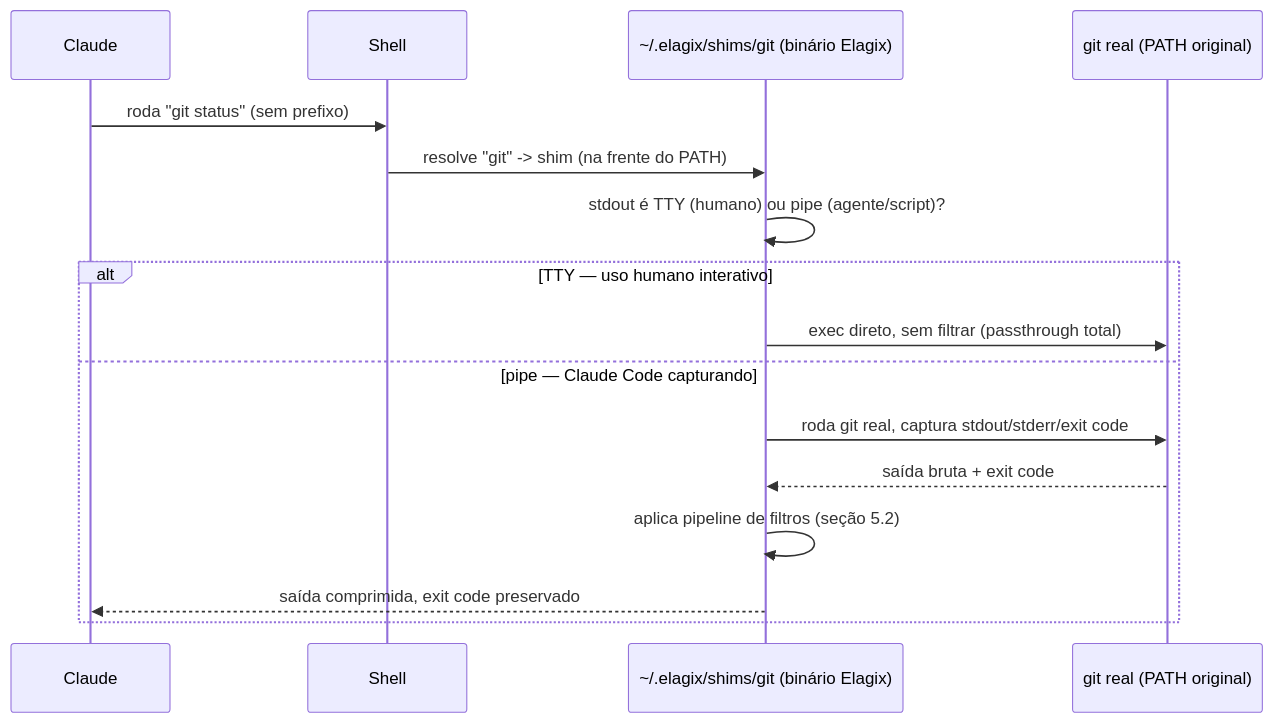
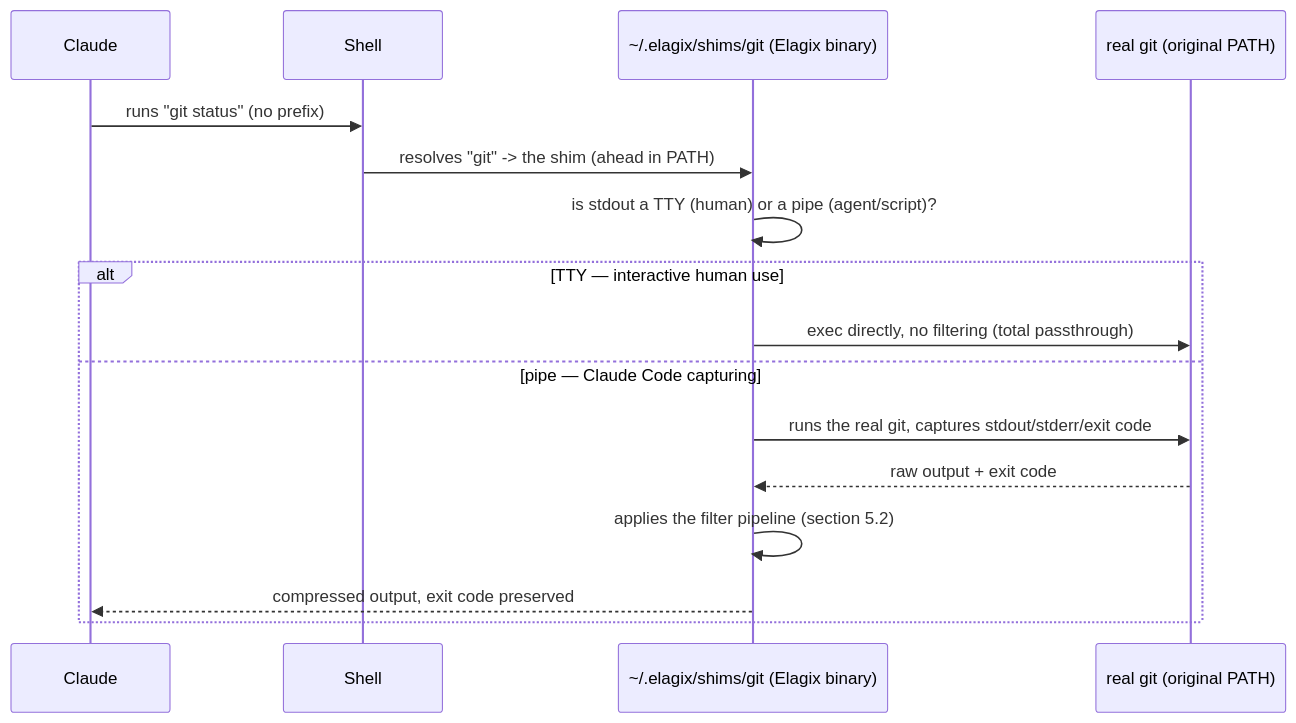
The diagram in specs.md (mkmuniz/elagix-tk), drawn with Mermaid before and after one commit. The commit also changed other lines of this file and 36 other files, not shown here.

````diff
--- a/specs.md
+++ b/specs.md
@@ -75,18 +75,18 @@
 ```mermaid
 sequenceDiagram
     participant Claude
     participant Shell
-    participant Shim as ~/.elagix/shims/git (binário Elagix)
-    participant RealGit as git real (PATH original)
-    Claude->>Shell: roda "git status" (sem prefixo)
-    Shell->>Shim: resolve "git" -> shim (na frente do PATH)
-    Shim->>Shim: stdout é TTY (humano) ou pipe (agente/script)?
-    alt TTY — uso humano interativo
-        Shim->>RealGit: exec direto, sem filtrar (passthrough total)
-    else pipe — Claude Code capturando
-        Shim->>RealGit: roda git real, captura stdout/stderr/exit code
-        RealGit-->>Shim: saída bruta + exit code
-        Shim->>Shim: aplica pipeline de filtros (seção 5.2)
-        Shim-->>Claude: saída comprimida, exit code preservado
+    participant Shim as ~/.elagix/shims/git (Elagix binary)
+    participant RealGit as real git (original PATH)
+    Claude->>Shell: runs "git status" (no prefix)
+    Shell->>Shim: resolves "git" -> the shim (ahead in PATH)
+    Shim->>Shim: is stdout a TTY (human) or a pipe (agent/script)?
+    alt TTY — interactive human use
+        Shim->>RealGit: exec directly, no filtering (total passthrough)
+    else pipe — Claude Code capturing
+        Shim->>RealGit: runs the real git, captures stdout/stderr/exit code
+        RealGit-->>Shim: raw output + exit code
+        Shim->>Shim: applies the filter pipeline (section 5.2)
+        Shim-->>Claude: compressed output, exit code preserved
     end
 ```
````
